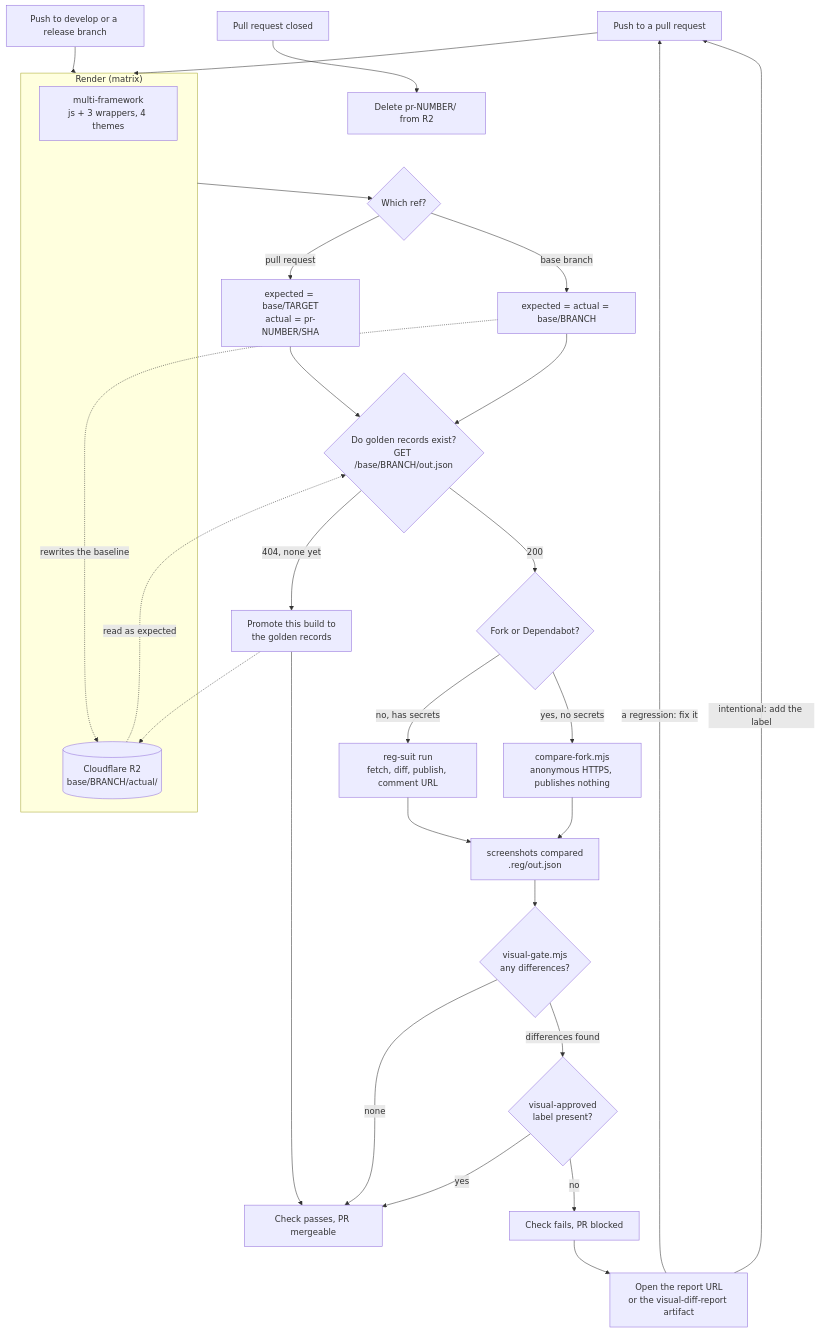
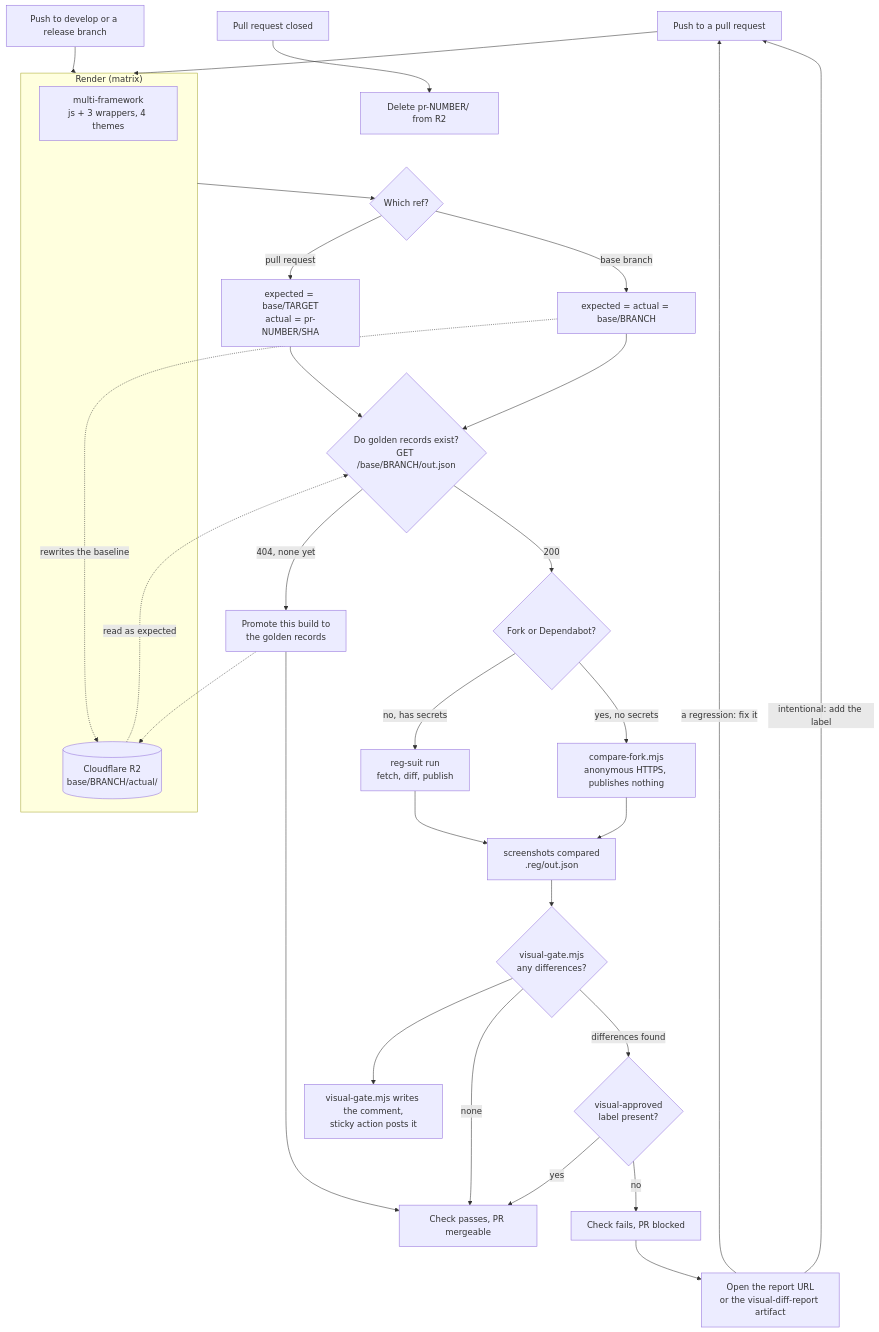
One commit to handsontable/handsontable changed the diagram in visual-tests/README.md. Above: the diagram before and after it, drawn with Mermaid. The commit also changed other lines of this file and 13 other files, not shown here.

````diff
--- a/visual-tests/README.md
+++ b/visual-tests/README.md
@@ -45,44 +45,45 @@
 ```mermaid
 flowchart TD
     PR["Push to a pull request"] --> RENDER
     DEV["Push to develop or a release branch"] --> RENDER
 
     subgraph RENDER["Render (matrix)"]
         R1["multi-framework<br/>js + 3 wrappers, 4 themes"]
         R2["cross-browser<br/>chromium, firefox, webkit"]
     end
 
     RENDER --> KEYS{"Which ref?"}
     KEYS -->|"pull request"| KPR["expected = base/TARGET<br/>actual = pr-NUMBER/SHA"]
     KEYS -->|"base branch"| KBR["expected = actual = base/BRANCH"]
 
     KPR --> PROBE
     KBR --> PROBE
     PROBE{"Do golden records exist?<br/>GET /base/BRANCH/out.json"}
 
     PROBE -->|"404, none yet"| SEED["Promote this build to<br/>the golden records"]
     SEED --> PASS
 
     PROBE -->|"200"| WHO{"Fork or Dependabot?"}
-    WHO -->|"no, has secrets"| SUIT["reg-suit run<br/>fetch, diff, publish, comment URL"]
+    WHO -->|"no, has secrets"| SUIT["reg-suit run<br/>fetch, diff, publish"]
     WHO -->|"yes, no secrets"| FORK["compare-fork.mjs<br/>anonymous HTTPS, publishes nothing"]
 
     SUIT --> OUT["screenshots compared<br/>.reg/out.json"]
     FORK --> OUT
 
     OUT --> GATE{"visual-gate.mjs<br/>any differences?"}
+    GATE --> COMMENT["visual-gate.mjs writes the comment,<br/>sticky action posts it"]
     GATE -->|"none"| PASS["Check passes, PR mergeable"]
     GATE -->|"differences found"| LABEL{"visual-approved<br/>label present?"}
     LABEL -->|"yes"| PASS
     LABEL -->|"no"| FAIL["Check fails, PR blocked"]
 
     FAIL --> REVIEW["Open the report URL<br/>or the visual-diff-report artifact"]
     REVIEW -->|"a regression: fix it"| PR
     REVIEW -->|"intentional: add the label"| PR
 
     KBR -.->|"rewrites the baseline"| R2[("Cloudflare R2<br/>base/BRANCH/actual/")]
     SEED -.-> R2
     R2 -.->|"read as expected"| PROBE
 
     CLOSED["Pull request closed"] --> PURGE["Delete pr-NUMBER/ from R2"]
 ```
````
